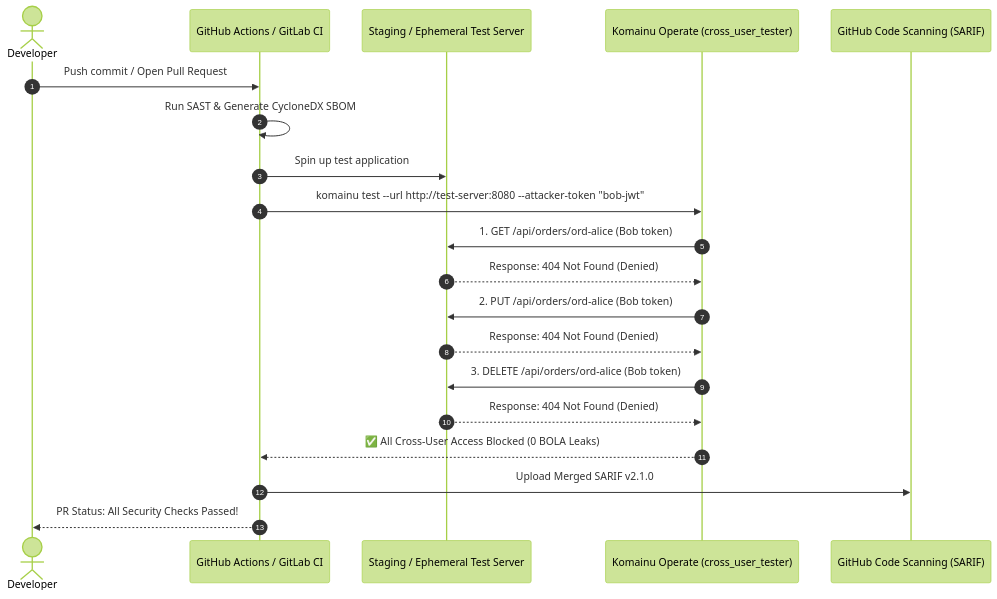
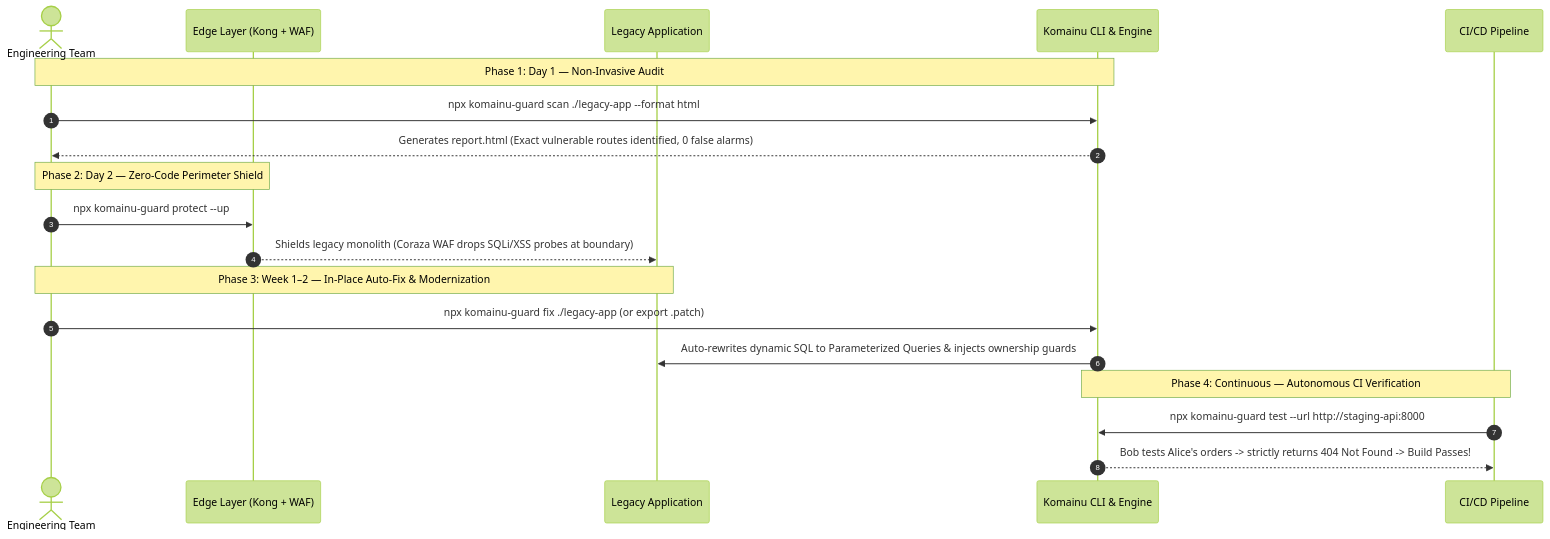
Before and after one commit to hoanghainh1188/komagu: the second of 2 diagrams in README.md, drawn with Mermaid (forest theme). The commit also changed other lines of this file and 7 other files, not shown here.

````diff
--- a/README.md
+++ b/README.md
@@ -115,23 +60,25 @@
 ```mermaid
 sequenceDiagram
     autonumber
-    actor Dev as Developer
-    participant CI as GitHub Actions / GitLab CI
-    participant TestServer as Staging / Ephemeral Test Server
-    participant Komainu as Komainu Operate (cross_user_tester)
-    participant SecTab as GitHub Code Scanning (SARIF)
+    actor Team as Engineering Team
+    participant Edge as Edge Layer (Kong + WAF)
+    participant Legacy as Legacy Application
+    participant Komainu as Komainu CLI & Engine
+    participant CI as CI/CD Pipeline
 
-    Dev->>CI: Push commit / Open Pull Request
-    CI->>CI: Run SAST & Generate CycloneDX SBOM
-    CI->>TestServer: Spin up test application
-    CI->>Komainu: komainu test --url http://test-server:8080 --attacker-token "bob-jwt"
-    Komainu->>TestServer: 1. GET /api/orders/ord-alice (Bob token)
-    TestServer-->>Komainu: Response: 404 Not Found (Denied)
-    Komainu->>TestServer: 2. PUT /api/orders/ord-alice (Bob token)
-    TestServer-->>Komainu: Response: 404 Not Found (Denied)
-    Komainu->>TestServer: 3. DELETE /api/orders/ord-alice (Bob token)
-    TestServer-->>Komainu: Response: 404 Not Found (Denied)
-    Komainu-->>CI: ✅ All Cross-User Access Blocked (0 BOLA Leaks)
-    CI->>SecTab: Upload Merged SARIF v2.1.0
-    CI-->>Dev: PR Status: All Security Checks Passed!
+    Note over Team,Komainu: Phase 1: Day 1 — Non-Invasive Audit
+    Team->>Komainu: npx komainu-guard scan ./legacy-app --format html
+    Komainu-->>Team: Generates report.html (Exact vulnerable routes identified, 0 false alarms)
+
+    Note over Team,Edge: Phase 2: Day 2 — Zero-Code Perimeter Shield
+    Team->>Edge: npx komainu-guard protect --up
+    Edge-->>Legacy: Shields legacy monolith (Coraza WAF drops SQLi/XSS probes at boundary)
+
+    Note over Team,Legacy: Phase 3: Week 1–2 — In-Place Auto-Fix & Modernization
+    Team->>Komainu: npx komainu-guard fix ./legacy-app (or export .patch)
+    Komainu->>Legacy: Auto-rewrites dynamic SQL to Parameterized Queries & injects ownership guards
+
+    Note over CI,Komainu: Phase 4: Continuous — Autonomous CI Verification
+    CI->>Komainu: npx komainu-guard test --url http://staging-api:8000
+    Komainu-->>CI: Bob tests Alice's orders -> strictly returns 404 Not Found -> Build Passes!
 ```
````
